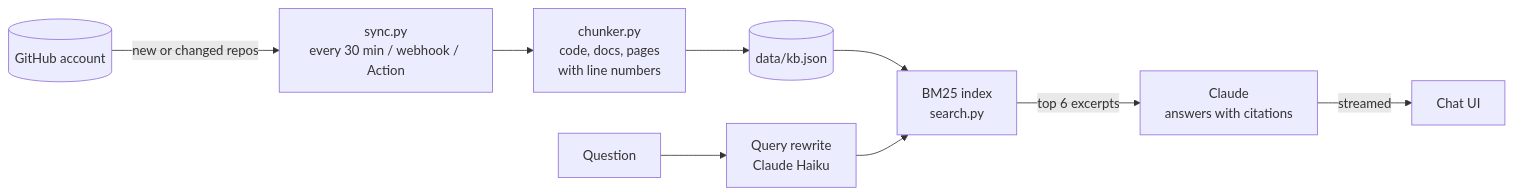
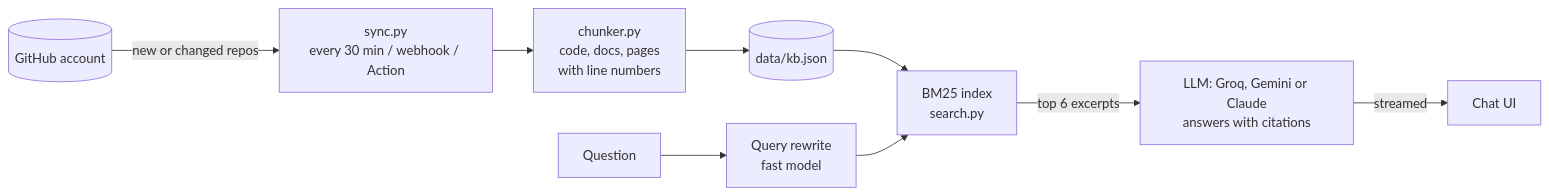
The diagram in README.md (yakov-ashgar27/yakov.LLM), drawn with Mermaid before and after one commit. The commit also changed other lines of this file, not shown here.

Commit message:
README: provider-neutral wording
Claude-Session: https://claude.ai/code/session_01QzFoSCzRPP4LuBP9oiA9cu

````diff
--- a/README.md
+++ b/README.md
@@ -21,11 +21,11 @@
 ```mermaid
 flowchart LR
   GH[(GitHub account)] -->|new or changed repos| SYNC[sync.py<br/>every 30 min / webhook / Action]
   SYNC --> CH[chunker.py<br/>code, docs, pages<br/>with line numbers]
   CH --> KB[(data/kb.json)]
   KB --> IDX[BM25 index<br/>search.py]
-  Q[Question] --> RW[Query rewrite<br/>Claude Haiku]
+  Q[Question] --> RW[Query rewrite<br/>fast model]
   RW --> IDX
-  IDX -->|top 6 excerpts| LLM[Claude<br/>answers with citations]
+  IDX -->|top 6 excerpts| LLM[LLM: Groq, Gemini or Claude<br/>answers with citations]
   LLM -->|streamed| UI[Chat UI]
 ```
````
